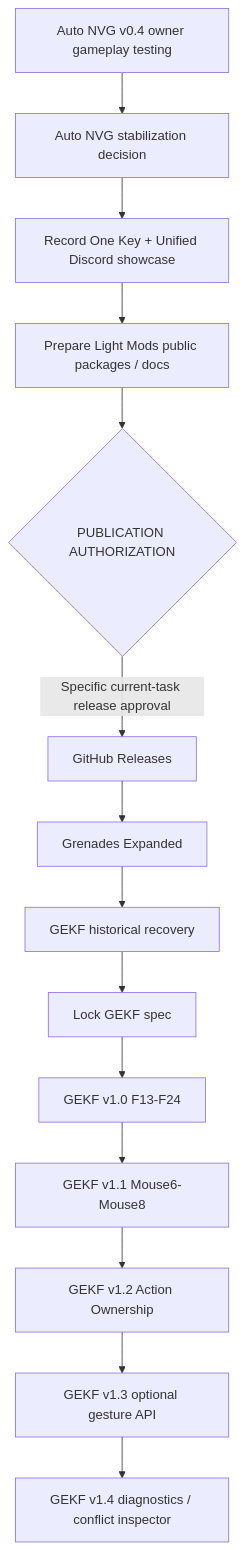
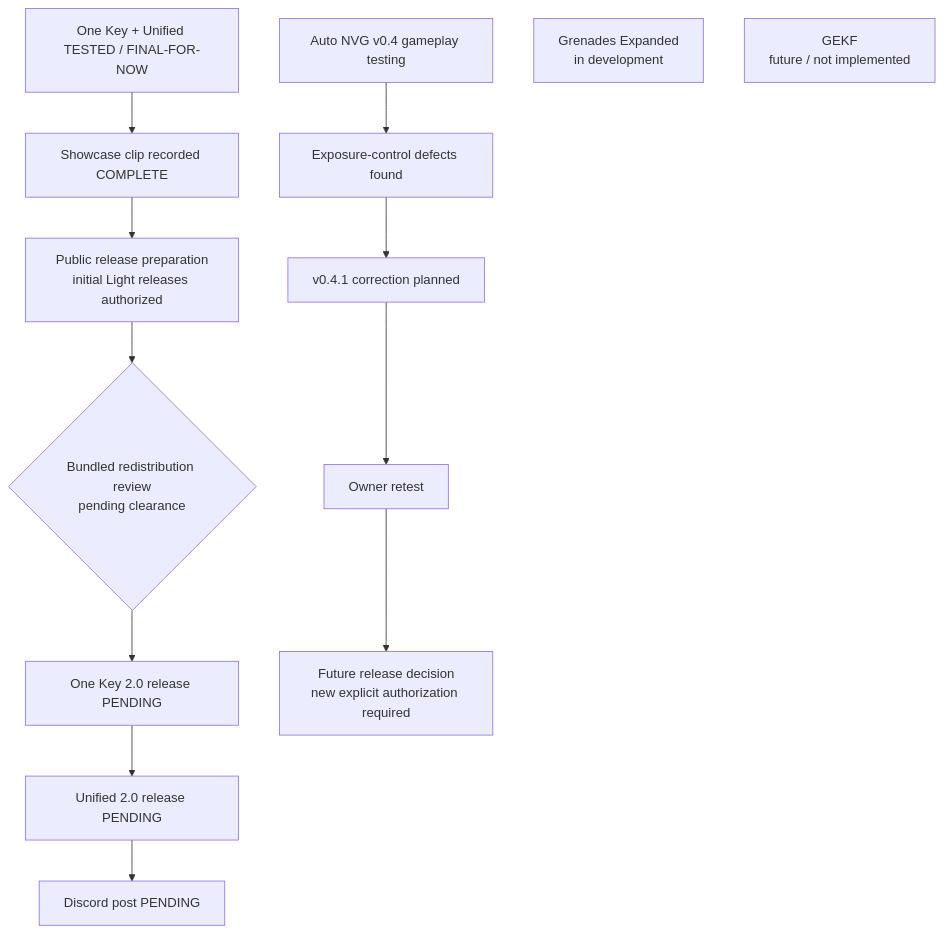
Before and after one commit to ProfessorMaterialistic/GAMMA-Mod-Releases: the diagram in ROADMAP.md, drawn with Mermaid. The commit also changed other lines of this file and 25 other files, not shown here.

Commit message:
Reconcile Light release hub and document component clearance hold

````diff
--- a/ROADMAP.md
+++ b/ROADMAP.md
@@ -7,16 +7,14 @@
 ```mermaid
 flowchart TD
-    A["Auto NVG v0.4 owner gameplay testing"] --> B["Auto NVG stabilization decision"]
-    B --> C["Record One Key + Unified Discord showcase"]
-    C --> D["Prepare Light Mods public packages / docs"]
-    D --> E{"PUBLICATION AUTHORIZATION"}
-    E -->|"Specific current-task release approval"| F["GitHub Releases"]
-    F --> G["Grenades Expanded"]
-    G --> H["GEKF historical recovery"]
-    H --> I["Lock GEKF spec"]
-    I --> J["GEKF v1.0 F13-F24"]
-    J --> K["GEKF v1.1 Mouse6-Mouse8"]
-    K --> L["GEKF v1.2 Action Ownership"]
-    L --> M["GEKF v1.3 optional gesture API"]
-    M --> N["GEKF v1.4 diagnostics / conflict inspector"]
+    L["One Key + Unified TESTED / FINAL-FOR-NOW"] --> V["Showcase clip recorded COMPLETE"]
+    V --> P["Public release preparation<br/>initial Light releases authorized"]
+    P --> C{"Bundled redistribution review<br/>pending clearance"}
+    C --> O["One Key 2.0 release PENDING"]
+    O --> U["Unified 2.0 release PENDING"]
+    U --> D["Discord post PENDING"]
+    A["Auto NVG v0.4 gameplay testing"] --> F["Exposure-control defects found"]
+    F --> X["v0.4.1 correction planned"] --> T["Owner retest"]
+    T --> R["Future release decision<br/>new explicit authorization required"]
+    G["Grenades Expanded<br/>in development"]
+    K["GEKF<br/>future / not implemented"]
 ```
````
